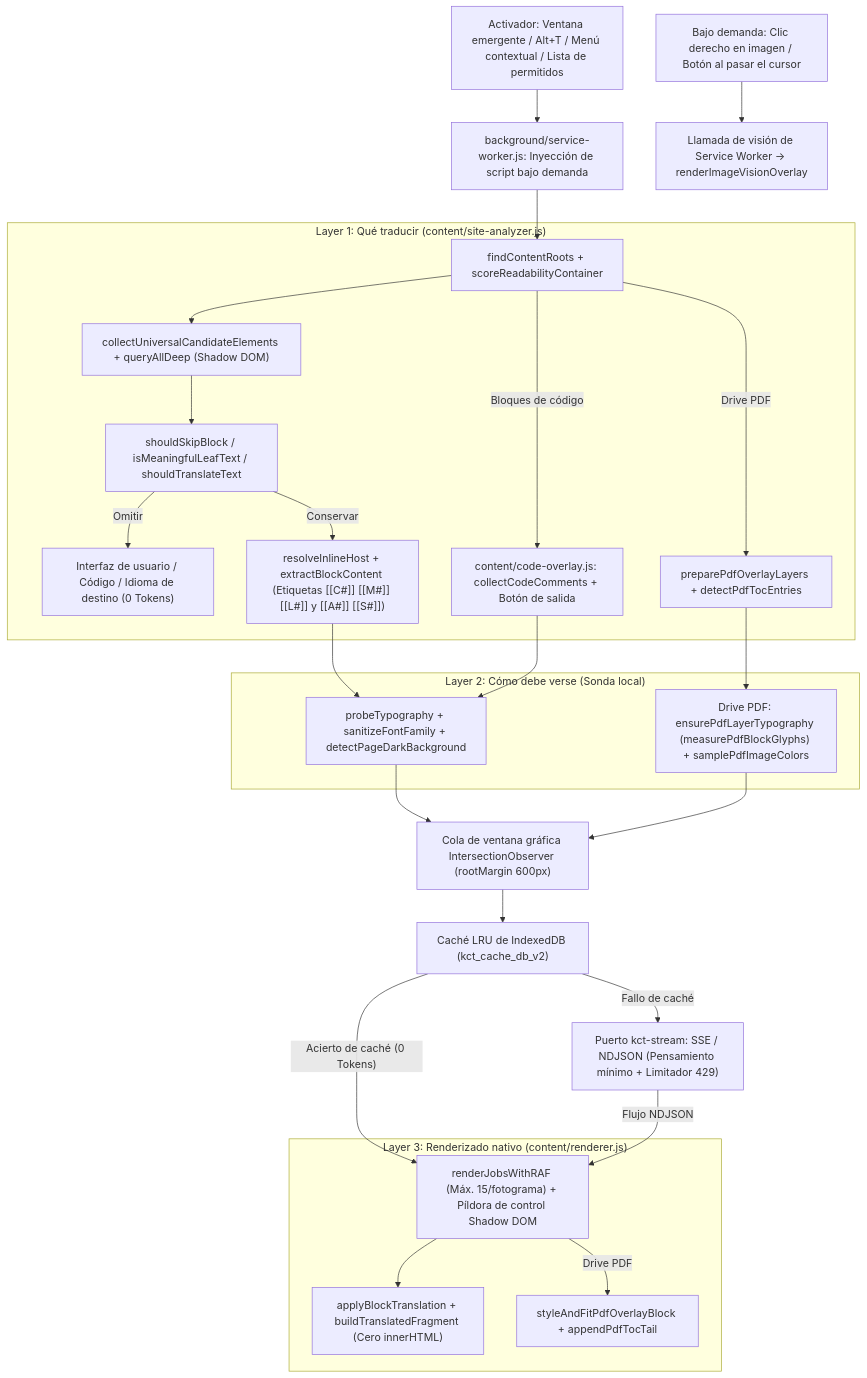
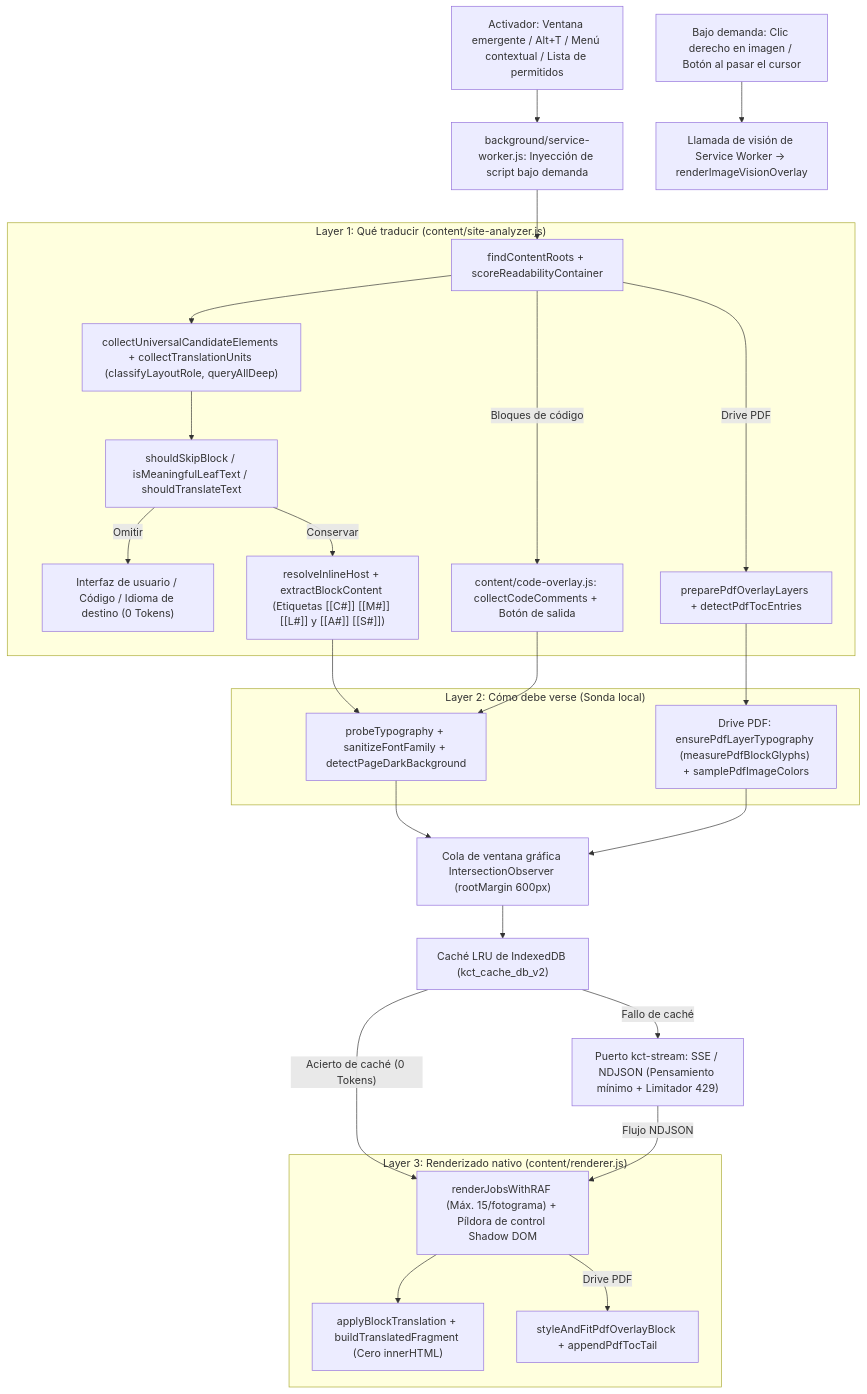
The second of 2 diagrams in README.es.md (Chih-Kai-Wang/kaggle-course-translator), drawn with Mermaid before and after one commit. The commit also changed other lines of this file and 25 other files, not shown here.

````diff
--- a/README.es.md
+++ b/README.es.md
@@ -126,39 +126,39 @@
 ```mermaid
 flowchart TD
     A["Activador: Ventana emergente / Alt+T / Menú contextual / Lista de permitidos"] --> B["background/service-worker.js: Inyección de script bajo demanda"]
     B --> C1
 
     subgraph L1["Layer 1: Qué traducir (content/site-analyzer.js)"]
         C1["findContentRoots + scoreReadabilityContainer"]
-        C1 --> C2["collectUniversalCandidateElements + queryAllDeep (Shadow DOM)"]
+        C1 --> C2["collectUniversalCandidateElements + collectTranslationUnits (classifyLayoutRole, queryAllDeep)"]
         C2 --> C3["shouldSkipBlock / isMeaningfulLeafText / shouldTranslateText"]
         C3 -->|"Omitir"| SKIP["Interfaz de usuario / Código / Idioma de destino (0 Tokens)"]
         C3 -->|"Conservar"| C4["resolveInlineHost + extractBlockContent (Etiquetas [[C#]] [[M#]] [[L#]] y [[A#]] [[S#]])"]
         C1 -->|"Drive PDF"| C5["preparePdfOverlayLayers + detectPdfTocEntries"]
         C1 -->|"Bloques de código"| C6["content/code-overlay.js: collectCodeComments + Botón de salida"]
     end
 
     subgraph L2["Layer 2: Cómo debe verse (Sonda local)"]
         D1["probeTypography + sanitizeFontFamily + detectPageDarkBackground"]
         D2["Drive PDF: ensurePdfLayerTypography (measurePdfBlockGlyphs) + samplePdfImageColors"]
     end
 
     C4 --> D1
     C6 --> D1
     C5 --> D2
 
     D1 --> Q1["Cola de ventana gráfica IntersectionObserver (rootMargin 600px)"]
     D2 --> Q1
     Q1 --> Q2["Caché LRU de IndexedDB (kct_cache_db_v2)"]
     Q2 -->|"Acierto de caché (0 Tokens)"| R1
     Q2 -->|"Fallo de caché"| Q3["Puerto kct-stream: SSE / NDJSON (Pensamiento mínimo + Limitador 429)"]
     Q3 -->|"Flujo NDJSON"| R1
 
     subgraph L3["Layer 3: Renderizado nativo (content/renderer.js)"]
         R1["renderJobsWithRAF (Máx. 15/fotograma) + Píldora de control Shadow DOM"]
         R1 --> R2["applyBlockTranslation + buildTranslatedFragment (Cero innerHTML)"]
         R1 -->|"Drive PDF"| R3["styleAndFitPdfOverlayBlock + appendPdfTocTail"]
     end
 
     M1["Bajo demanda: Clic derecho en imagen / Botón al pasar el cursor"] --> M2["Llamada de visión de Service Worker → renderImageVisionOverlay"]
 ```
````
